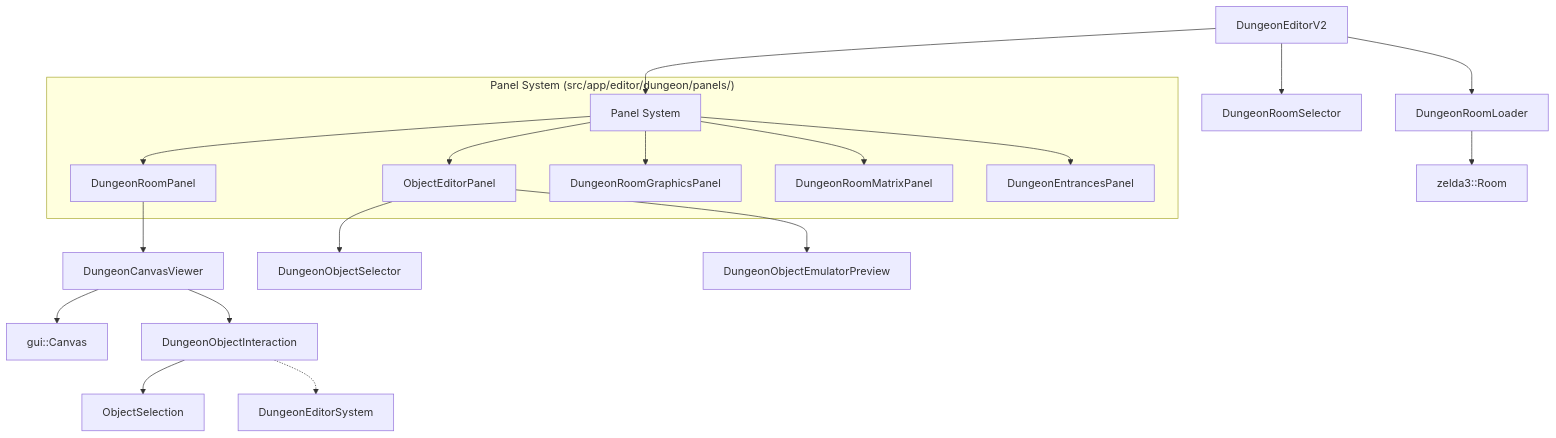
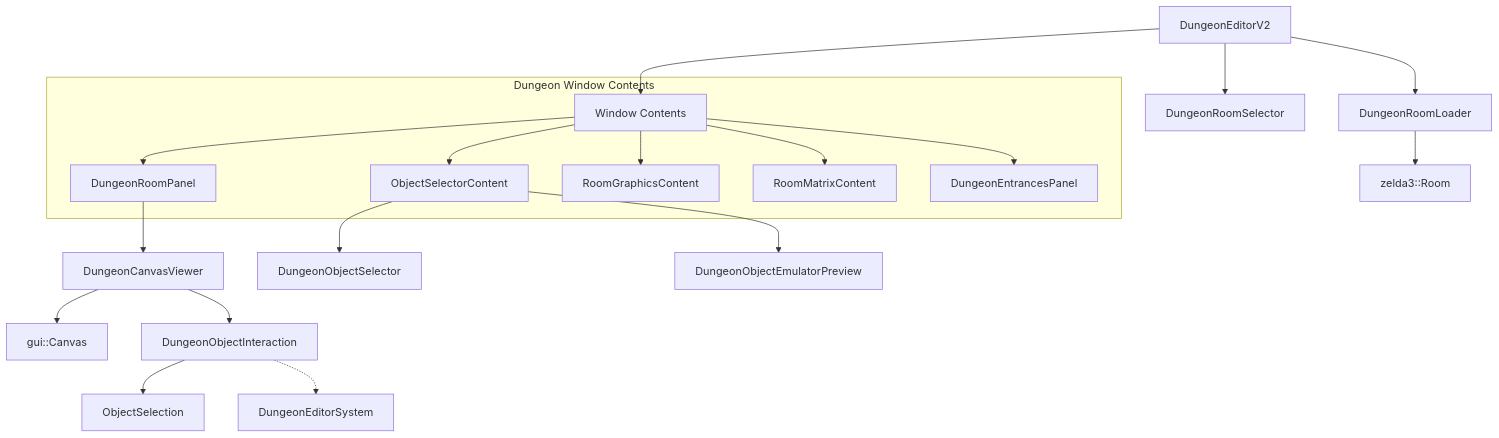
The diagram in src/app/editor/dungeon/README.md (scawful/yaze), drawn with Mermaid before and after one commit. The commit also changed other lines of this file and 18 other files, not shown here.

Commit message:
dungeon: reorganize active window content roles

````diff
--- a/src/app/editor/dungeon/README.md
+++ b/src/app/editor/dungeon/README.md
@@ -9,26 +9,26 @@
 ```mermaid
 graph TD
     Editor[DungeonEditorV2] --> Loader[DungeonRoomLoader]
     Editor --> Selector[DungeonRoomSelector]
-    Editor --> Panels[Panel System]
+    Editor --> Contents[Window Contents]
 
-    subgraph "Panel System (src/app/editor/dungeon/panels/)"
-        Panels --> RoomPanel[DungeonRoomPanel]
-        Panels --> ObjectPanel[ObjectEditorPanel]
-        Panels --> GraphicsPanel[DungeonRoomGraphicsPanel]
-        Panels --> MatrixPanel[DungeonRoomMatrixPanel]
-        Panels --> EntrancePanel[DungeonEntrancesPanel]
+    subgraph "Dungeon Window Contents"
+        Contents --> RoomPanel[DungeonRoomPanel]
+        Contents --> SelectorContent[ObjectSelectorContent]
+        Contents --> GraphicsContent[RoomGraphicsContent]
+        Contents --> MatrixContent[RoomMatrixContent]
+        Contents --> EntranceContent[DungeonEntrancesPanel]
     end
 
     RoomPanel --> Viewer[DungeonCanvasViewer]
     Viewer --> Canvas[gui::Canvas]
     Viewer --> Interaction[DungeonObjectInteraction]
 
     Interaction --> Selection[ObjectSelection]
     Interaction -.-> System[DungeonEditorSystem]
 
-    ObjectPanel --> ObjSelector[DungeonObjectSelector]
-    ObjectPanel --> EmuPreview[DungeonObjectEmulatorPreview]
+    SelectorContent --> ObjSelector[DungeonObjectSelector]
+    SelectorContent --> EmuPreview[DungeonObjectEmulatorPreview]
 
     Loader --> RomData[zelda3::Room]
 ```
````
